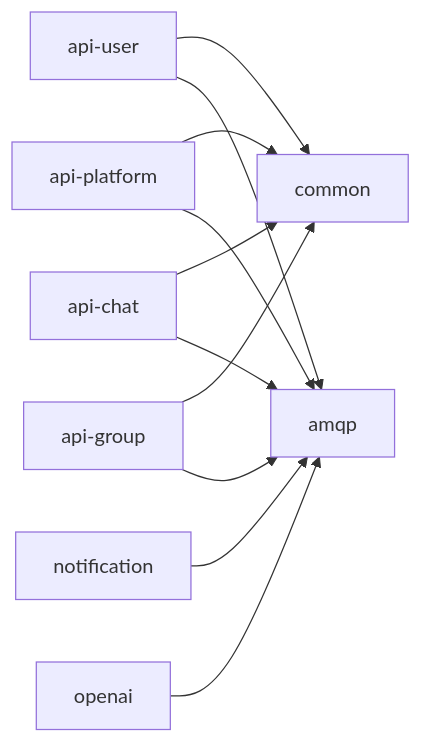
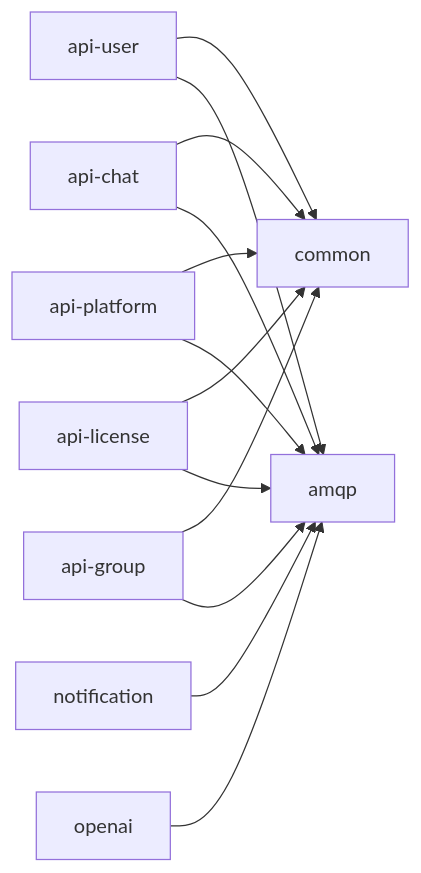
The third of 6 diagrams in docs/ARCHITECTURE.md (dragos-galeteanu/trip-huddle-backend), drawn with Mermaid before and after one commit. The commit also changed other lines of this file and 76 other files, not shown here.

````diff
--- a/docs/ARCHITECTURE.md
+++ b/docs/ARCHITECTURE.md
@@ -94,13 +100,15 @@
 ```mermaid
 flowchart LR
     U[api-user] --> CM[common]
     P[api-platform] --> CM
     G[api-group] --> CM
     CH[api-chat] --> CM
     CH --> A
+    L[api-license] --> CM
+    L --> A
     U --> A[amqp]
     P --> A
     G --> A
     N[notification] --> A
     O[openai] --> A
 ```
````
